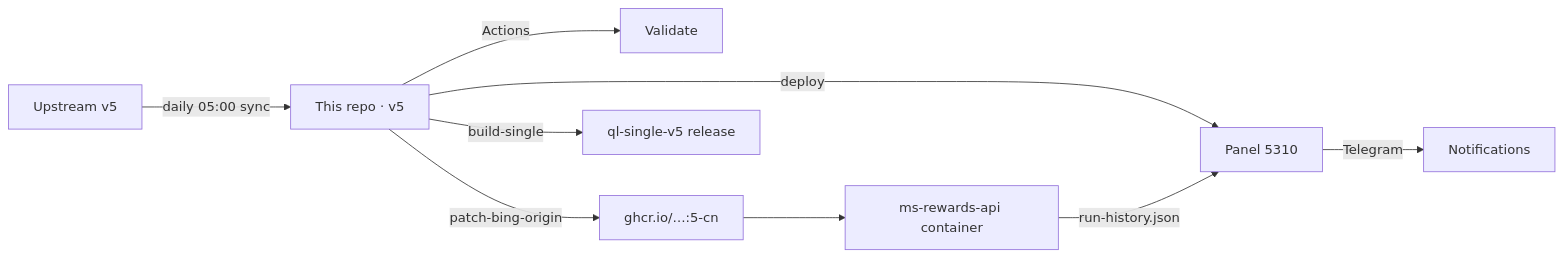
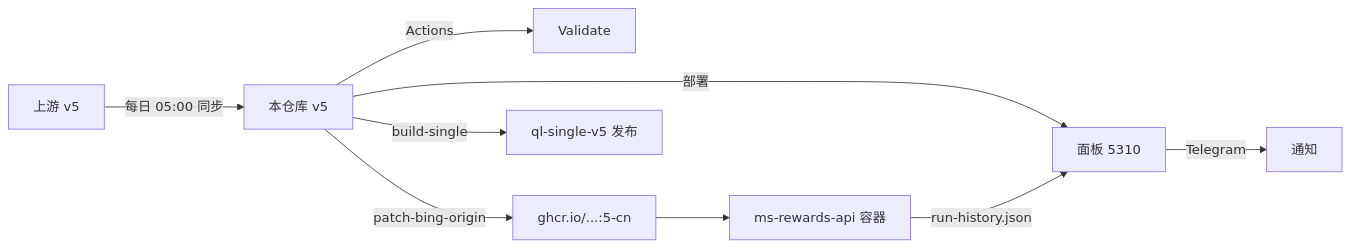
One commit to wangixangya/Microsoft-Rewards-Script changed the diagram in README.md. Above: the diagram before and after it, drawn with Mermaid. The commit also changed other lines of this file, not shown here.

````diff
--- a/README.md
+++ b/README.md
@@ -160,11 +135,11 @@
 ```mermaid
 flowchart LR
-  U[Upstream v5] -->|daily 05:00 sync| R[This repo · v5]
+  U[上游 v5] -->|每日 05:00 同步| R[本仓库 v5]
   R -->|Actions| V[Validate]
-  R -->|patch-bing-origin| C[ghcr.io/…:5-cn]
-  R -->|build-single| J[ql-single-v5 release]
-  R -->|deploy| P[Panel 5310]
-  C --> D[ms-rewards-api container]
+  R -->|patch-bing-origin| C["ghcr.io/...:5-cn"]
+  R -->|build-single| J[ql-single-v5 发布]
+  R -->|部署| P[面板 5310]
+  C --> D[ms-rewards-api 容器]
   D -->|run-history.json| P
-  P -->|Telegram| N[Notifications]
+  P -->|Telegram| N[通知]
 ```
````
